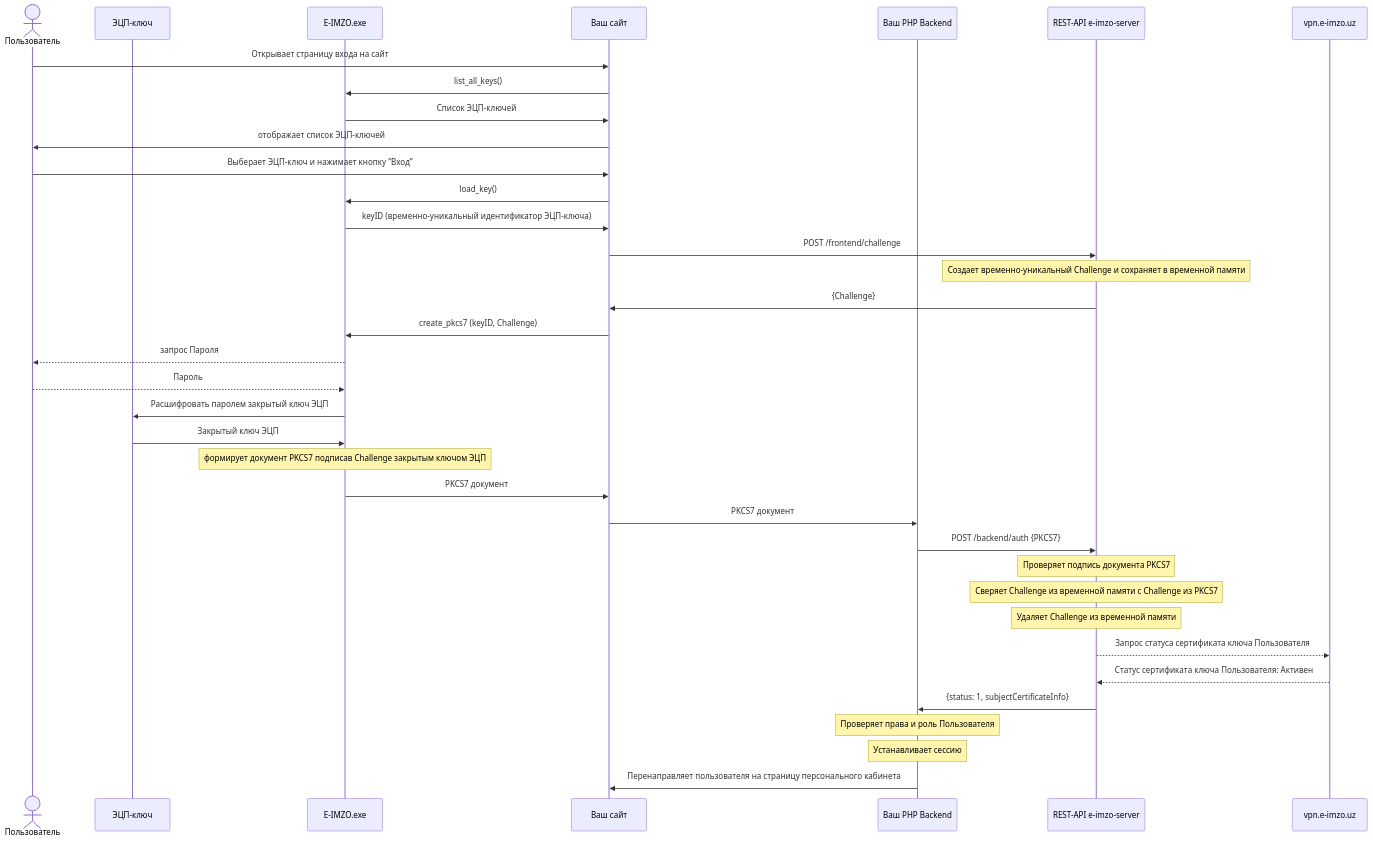
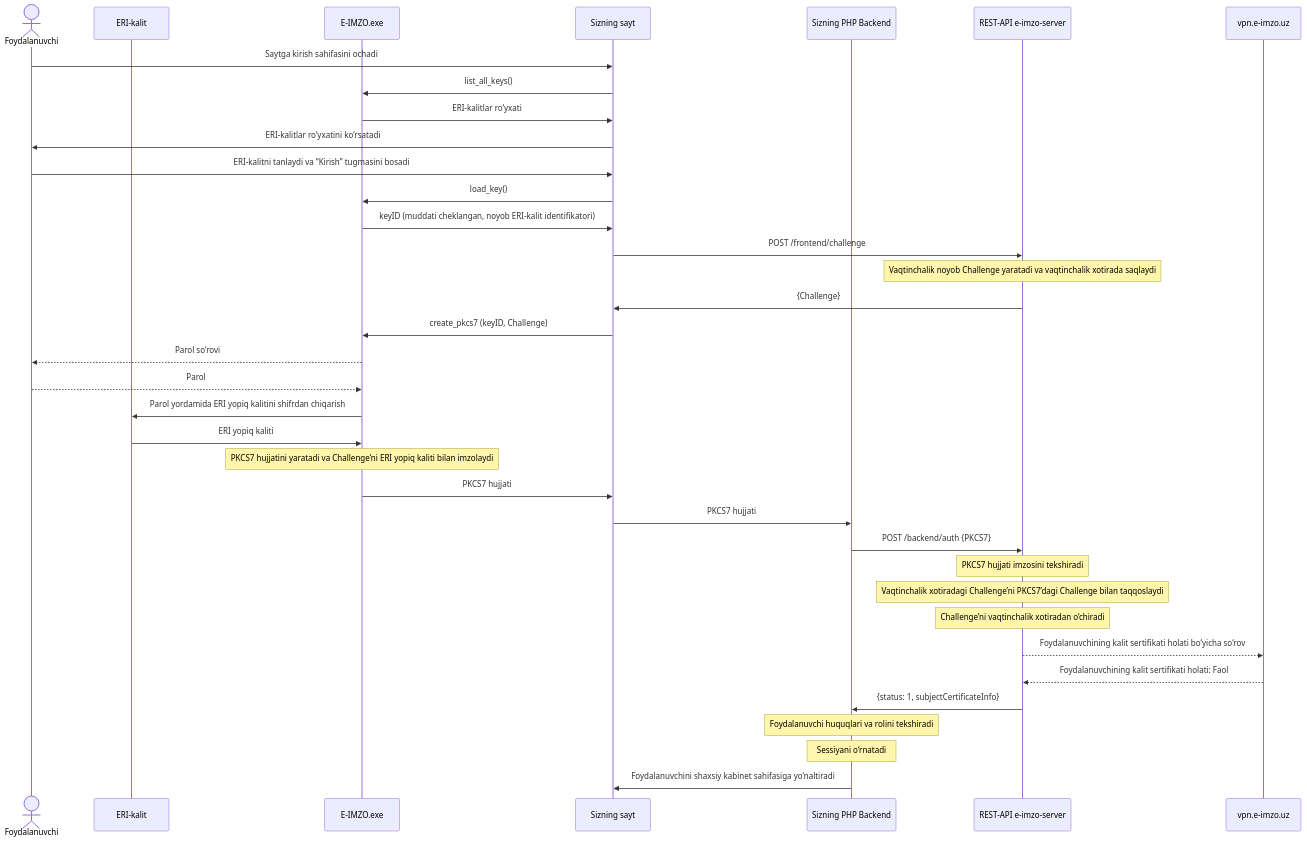
Before and after one commit to qo0p/e-imzo-doc: the first of 5 diagrams in README.md, drawn with Mermaid. The commit also changed other lines of this file, not shown here.

````diff
--- a/README.md
+++ b/README.md
@@ -13,40 +13,39 @@
 ```mermaid
 sequenceDiagram
-  actor user as Пользователь
-  participant key as ЭЦП-ключ
-  participant eimzo as E-IMZO.exe
-  participant frontend as Ваш сайт
-  participant backend as Ваш PHP Backend
-  participant rest as REST-API e-imzo-server
-  participant vpn as vpn.e-imzo.uz
+actor user as Foydalanuvchi
+participant key as ERI-kalit
+participant eimzo as E-IMZO.exe
+participant frontend as Sizning sayt
+participant backend as Sizning PHP Backend
+participant rest as REST-API e-imzo-server
+participant vpn as vpn.e-imzo.uz
 
-  user ->> frontend: Открывает страницу входа на сайт
-  frontend ->> eimzo: list_all_keys()
-  eimzo ->> frontend: Cписок ЭЦП-ключей
-  frontend ->> user: отображает список ЭЦП-ключей
-  user ->> frontend: Выберает ЭЦП-ключ и нажимает кнопку “Вход”
-  frontend ->> eimzo: load_key()
-  eimzo ->> frontend: keyID (временно-уникальный идентификатор ЭЦП-ключа)
-  frontend ->> rest: POST /frontend/challenge
-  Note over rest: Создает временно-уникальный Challenge и сохраняет в временной памяти
-  rest ->> frontend: {Challenge}  
-  frontend ->> eimzo: create_pkcs7 (keyID, Challenge)  
-  eimzo -->> user: запрос Пароля
-  user -->> eimzo: Пароль
-  eimzo ->> key: Расшифровать паролем закрытый ключ ЭЦП
-  key ->> eimzo: Закрытый ключ ЭЦП  
-  Note over eimzo: формирует документ PKCS7 подписав Challenge закрытым ключом ЭЦП
-  eimzo ->> frontend: PKCS7 документ  
-  frontend ->> backend: PKCS7 документ  
-  backend ->> rest: POST /backend/auth {PKCS7}
-  Note over rest: Проверяет подпись документа PKCS7
-  Note over rest: Сверяет Challenge из временной памяти с Challenge из PKCS7
-  Note over rest: Удаляет Challenge из временной памяти
-  rest -->> vpn: Запрос статуса сертификата ключа Пользователя
-  vpn -->> rest: Статус сертификата ключа Пользователя: Активен
-  rest ->> backend: {status: 1, subjectCertificateInfo}
-  Note over backend: Проверяет права и роль Пользователя
-  Note over backend: Устанавливает сессию
-  backend ->> frontend: Перенаправляет пользователя на страницу персонального кабинета
-
+user ->> frontend: Saytga kirish sahifasini ochadi
+frontend ->> eimzo: list_all_keys()
+eimzo ->> frontend: ERI-kalitlar ro‘yxati
+frontend ->> user: ERI-kalitlar ro‘yxatini ko‘rsatadi
+user ->> frontend: ERI-kalitni tanlaydi va “Kirish” tugmasini bosadi
+frontend ->> eimzo: load_key()
+eimzo ->> frontend: keyID (muddati cheklangan, noyob ERI-kalit identifikatori)
+frontend ->> rest: POST /frontend/challenge
+Note over rest: Vaqtinchalik noyob Challenge yaratadi va vaqtinchalik xotirada saqlaydi
+rest ->> frontend: {Challenge}  
+frontend ->> eimzo: create_pkcs7 (keyID, Challenge)  
+eimzo -->> user: Parol so‘rovi
+user -->> eimzo: Parol
+eimzo ->> key: Parol yordamida ERI yopiq kalitini shifrdan chiqarish
+key ->> eimzo: ERI yopiq kaliti  
+Note over eimzo: PKCS7 hujjatini yaratadi va Challenge’ni ERI yopiq kaliti bilan imzolaydi
+eimzo ->> frontend: PKCS7 hujjati  
+frontend ->> backend: PKCS7 hujjati  
+backend ->> rest: POST /backend/auth {PKCS7}
+Note over rest: PKCS7 hujjati imzosini tekshiradi
+Note over rest: Vaqtinchalik xotiradagi Challenge’ni PKCS7’dagi Challenge bilan taqqoslaydi
+Note over rest: Challenge’ni vaqtinchalik xotiradan o‘chiradi
+rest -->> vpn: Foydalanuvchining kalit sertifikati holati bo‘yicha so‘rov
+vpn -->> rest: Foydalanuvchining kalit sertifikati holati: Faol
+rest ->> backend: {status: 1, subjectCertificateInfo}
+Note over backend: Foydalanuvchi huquqlari va rolini tekshiradi
+Note over backend: Sessiyani o‘rnatadi
+backend ->> frontend: Foydalanuvchini shaxsiy kabinet sahifasiga yo‘naltiradi
 ```
````
